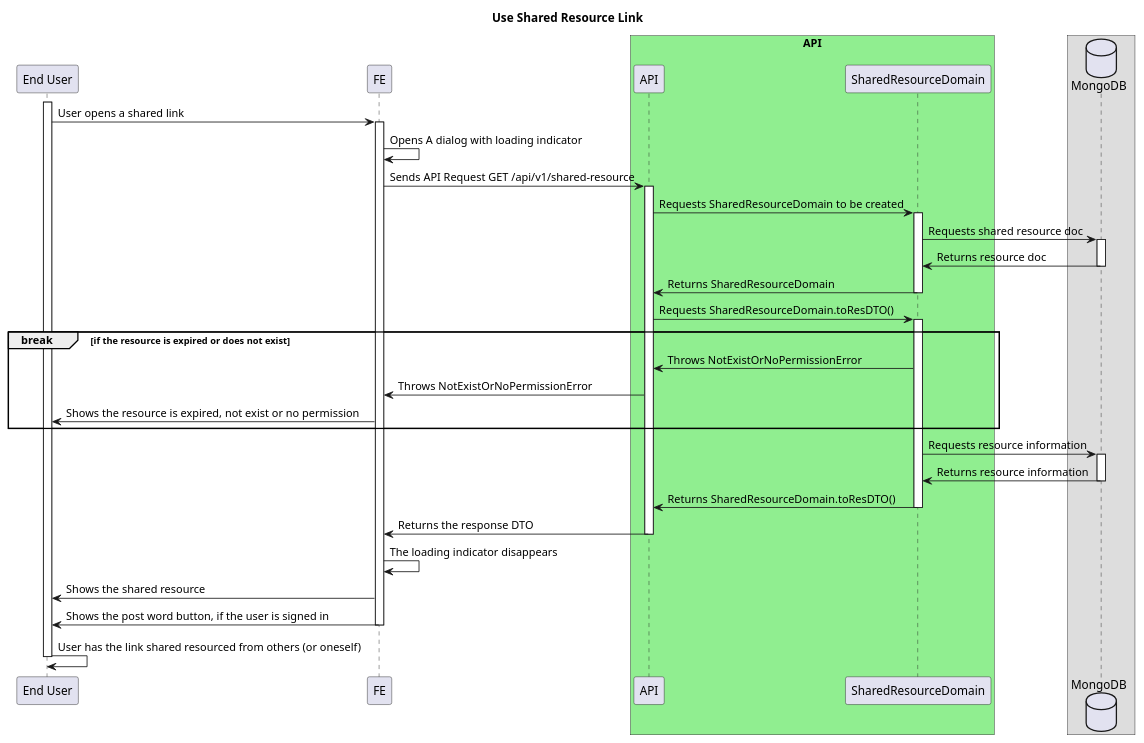
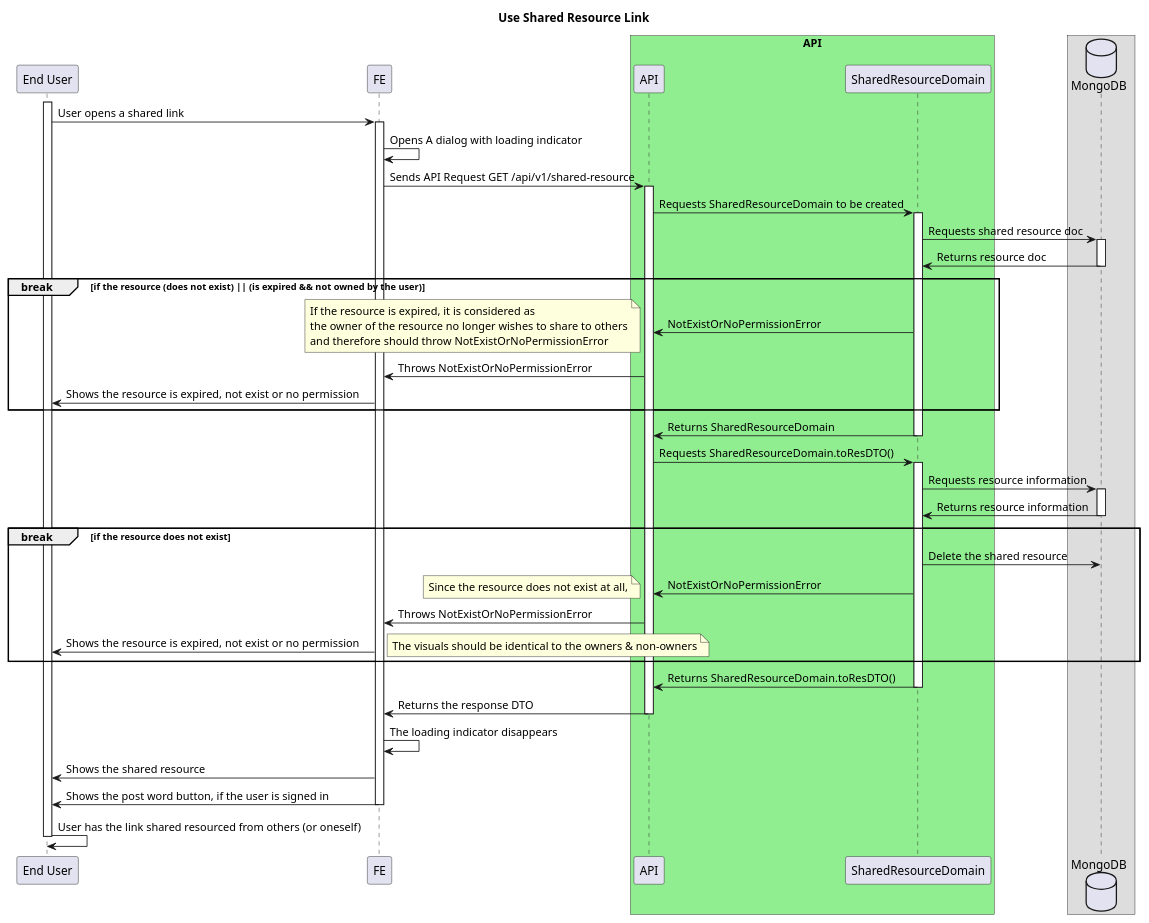
Before and after one commit to ajktown/docs: the diagram in dev/diagrams/on-get-shared-resource-link.md, drawn with PlantUML.

Commit message:
doc: basic flow

````diff
--- a/dev/diagrams/on-get-shared-resource-link.md
+++ b/dev/diagrams/on-get-shared-resource-link.md
@@ -19,52 +19,69 @@
 ```plantuml
 
 @startuml
 
 title Use Shared Resource Link
 
 participant "End User" as user
 participant "FE" as fe
 box "API" #Lightgreen
   participant "API" as api
   participant "SharedResourceDomain" as domain
 box
 database "MongoDB" as db
 
 activate user
   user -> fe: User opens a shared link
   activate fe
     fe -> fe: Opens A dialog with loading indicator
     fe -> api: Sends API Request GET /api/v1/shared-resource
     activate api
       api -> domain: Requests SharedResourceDomain to be created
       activate domain
         domain -> db: Requests shared resource doc
         activate db
           domain <- db: Returns resource doc
         deactivate db
+        break if the resource (does not exist) || (is expired && not owned by the user)
+          api <- domain: NotExistOrNoPermissionError
+          note left
+            If the resource is expired, it is considered as
+            the owner of the resource no longer wishes to share to others
+            and therefore should throw NotExistOrNoPermissionError
+          end note
+          fe <- api: Throws NotExistOrNoPermissionError
+          user <- fe : Shows the resource is expired, not exist or no permission
+        end break
         api <- domain: Returns SharedResourceDomain
         deactivate domain
         api -> domain: Requests SharedResourceDomain.toResDTO()
           activate domain
-            break if the resource is expired or does not exist
-              api <- domain: Throws NotExistOrNoPermissionError
-              fe <- api: Throws NotExistOrNoPermissionError
-              user <- fe : Shows the resource is expired, not exist or no permission
-            end break
             domain -> db: Requests resource information
             activate db
               domain <- db: Returns resource information
             deactivate db
+            break if the resource does not exist
+              domain -> db: Delete the shared resource
+              api <- domain: NotExistOrNoPermissionError
+              note left
+                Since the resource does not exist at all,
+              end note
+              fe <- api: Throws NotExistOrNoPermissionError
+              user <- fe : Shows the resource is expired, not exist or no permission
+              note right
+                The visuals should be identical to the owners & non-owners
+              end note
+            end break
             api <- domain: Returns SharedResourceDomain.toResDTO()
           deactivate domain
         fe <- api: Returns the response DTO
     deactivate api
   fe -> fe: The loading indicator disappears
   user <- fe: Shows the shared resource
   user <- fe: Shows the post word button, if the user is signed in
   deactivate fe
   user -> user: User has the link shared resourced from others (or oneself)
 deactivate user
 
 
 ```
````
